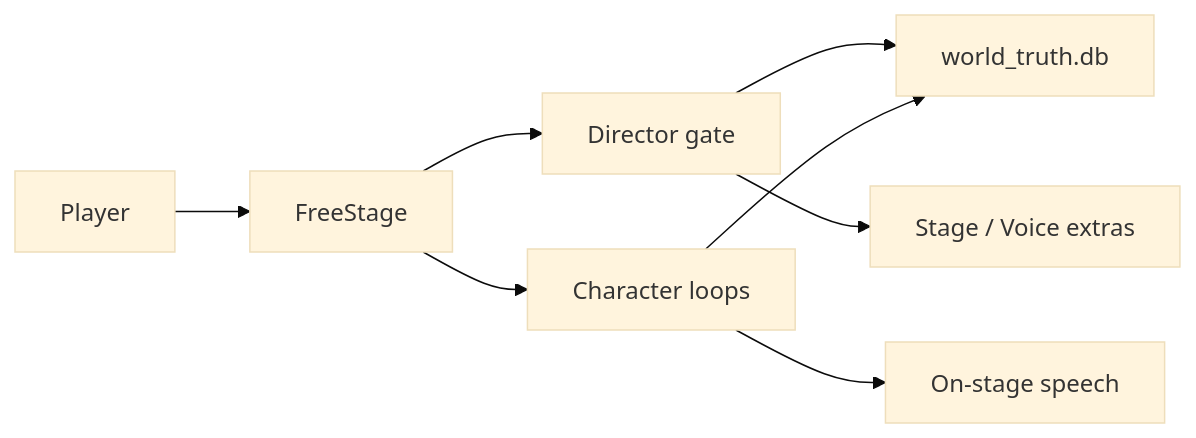
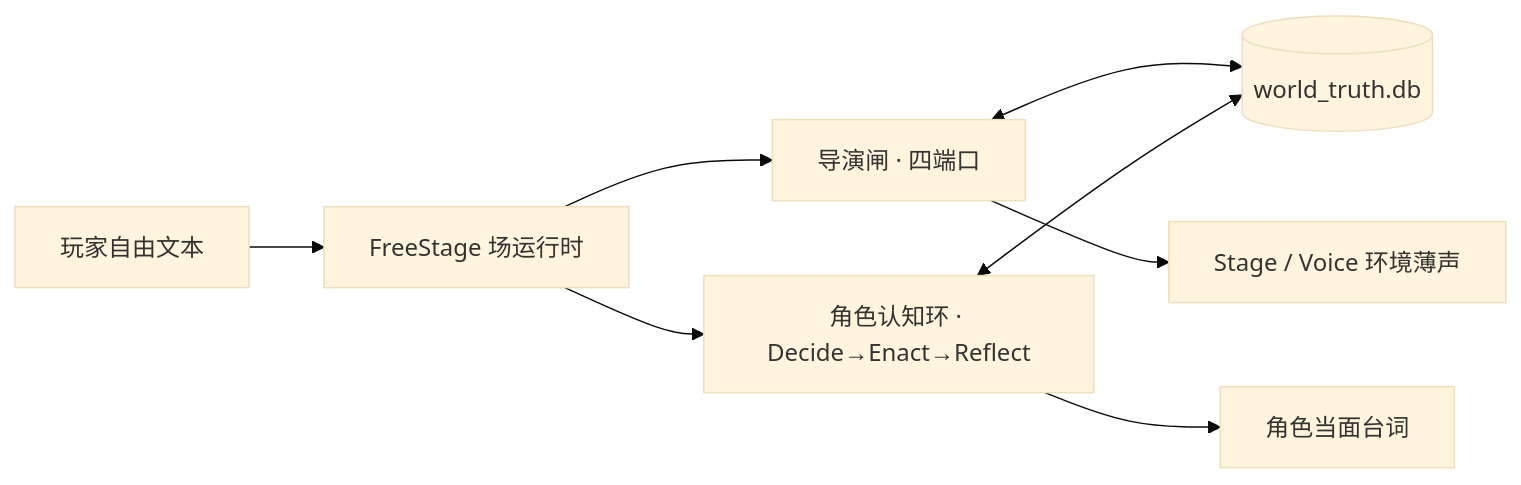
One commit to killbynothing/causal-anew changed the diagram in README.md. Above: the diagram before and after it, drawn with Mermaid (base theme). The commit also changed other lines of this file and 1 other file, not shown here.

````diff
--- a/README.md
+++ b/README.md
@@ -18,10 +68,10 @@
 ```mermaid
 flowchart LR
-  Player[Player] --> Session[FreeStage]
-  Session --> Director[Director gate]
-  Session --> Actors[Character loops]
-  Director --> World[world_truth.db]
-  Actors --> World
-  Director --> Ambient[Stage / Voice extras]
-  Actors --> Speech[On-stage speech]
+  Player[玩家自由文本] --> FreeStage[FreeStage 场运行时]
+  FreeStage --> Director[导演闸 · 四端口]
+  FreeStage --> Actors[角色认知环 · Decide→Enact→Reflect]
+  Director <--> World[(world_truth.db)]
+  Actors <--> World
+  Director --> Ambient[Stage / Voice 环境薄声]
+  Actors --> Speech[角色当面台词]
 ```
````
